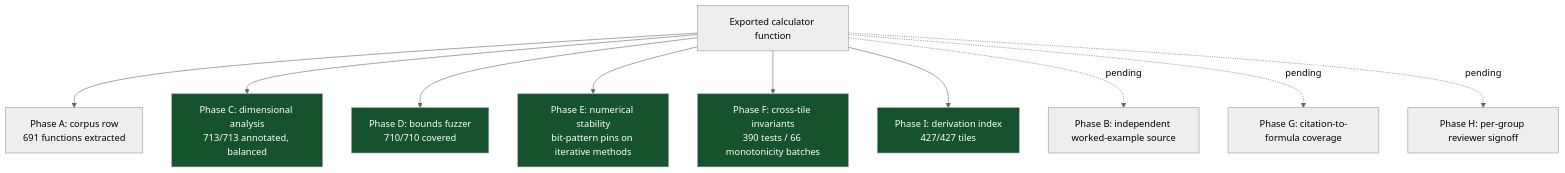
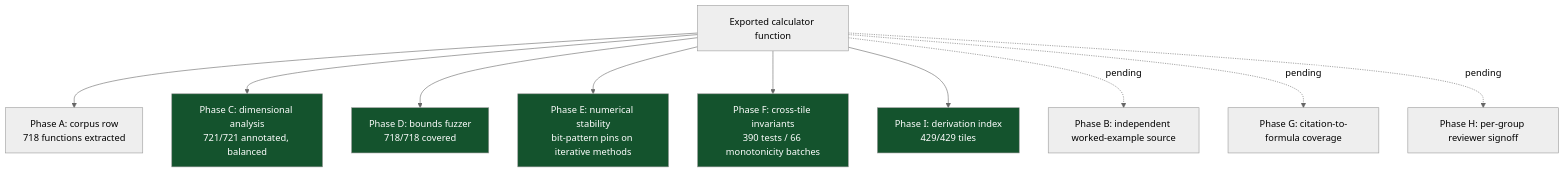
Before and after one commit to clay-good/roughlogic.com: the fourth of 5 diagrams in README.md, drawn with Mermaid (neutral theme). The commit also changed other lines of this file and 17 other files, not shown here.

````diff
--- a/README.md
+++ b/README.md
@@ -212,17 +212,17 @@
 ```mermaid
 flowchart TB
-    F[Exported calculator function] --> A[Phase A: corpus row\n691 functions extracted]
-    F --> C[Phase C: dimensional analysis\n713/713 annotated, balanced]
-    F --> D[Phase D: bounds fuzzer\n710/710 covered]
+    F[Exported calculator function] --> A[Phase A: corpus row\n718 functions extracted]
+    F --> C[Phase C: dimensional analysis\n721/721 annotated, balanced]
+    F --> D[Phase D: bounds fuzzer\n718/718 covered]
     F --> E[Phase E: numerical stability\nbit-pattern pins on iterative methods]
     F --> Fa[Phase F: cross-tile invariants\n390 tests / 66 monotonicity batches]
-    F --> I[Phase I: derivation index\n427/427 tiles]
+    F --> I[Phase I: derivation index\n429/429 tiles]
     F -.pending.-> B[Phase B: independent worked-example source]
     F -.pending.-> G[Phase G: citation-to-formula coverage]
     F -.pending.-> H[Phase H: per-group reviewer signoff]
     style C fill:#14532d,color:#fff
     style D fill:#14532d,color:#fff
     style E fill:#14532d,color:#fff
     style Fa fill:#14532d,color:#fff
     style I fill:#14532d,color:#fff
 ```
````
